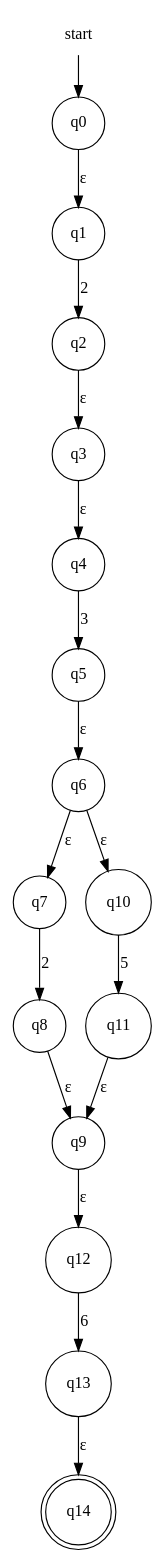
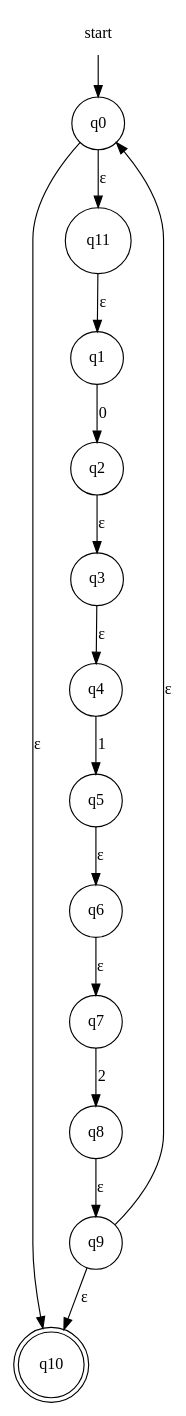
One commit to evertheylen/TA_TO changed the diagram in fase1/RE-eNFA/regex_16.dot. Above: the diagram before and after it, drawn with Graphviz. The commit also changed 22 other files, not shown here.

Commit message:
Regex naar eNFA is nu product quality code, met comments, er is wel 1 conventie voor de input regex nl ==> concateneren moet gebeuren aan de hand van een . git add -A

```diff
--- a/fase1/RE-eNFA/regex_16.dot
+++ b/fase1/RE-eNFA/regex_16.dot
@@ -1,21 +1,19 @@
 digraph automaton {
     node [shape=none]; start;
-    node [shape=doublecircle]; "q14";
+    node [shape=doublecircle]; "q10";
     node [shape=circle];
     start -> "q0";
-    "q0" -> "q1" [label="&epsilon;"];
-    "q1" -> "q2" [label="2"];
+    "q0" -> "q10" [label="&epsilon;"];
+    "q0" -> "q11" [label="&epsilon;"];
+    "q1" -> "q2" [label="0"];
     "q2" -> "q3" [label="&epsilon;"];
     "q3" -> "q4" [label="&epsilon;"];
-    "q4" -> "q5" [label="3"];
+    "q4" -> "q5" [label="1"];
     "q5" -> "q6" [label="&epsilon;"];
     "q6" -> "q7" [label="&epsilon;"];
-    "q6" -> "q10" [label="&epsilon;"];
     "q7" -> "q8" [label="2"];
     "q8" -> "q9" [label="&epsilon;"];
-    "q9" -> "q12" [label="&epsilon;"];
-    "q10" -> "q11" [label="5"];
-    "q11" -> "q9" [label="&epsilon;"];
-    "q12" -> "q13" [label="6"];
-    "q13" -> "q14" [label="&epsilon;"];
+    "q9" -> "q0" [label="&epsilon;"];
+    "q9" -> "q10" [label="&epsilon;"];
+    "q11" -> "q1" [label="&epsilon;"];
 }
```
